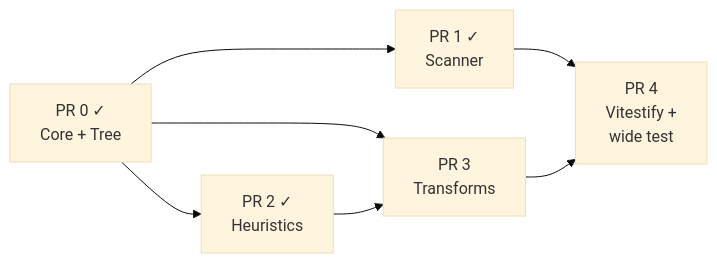
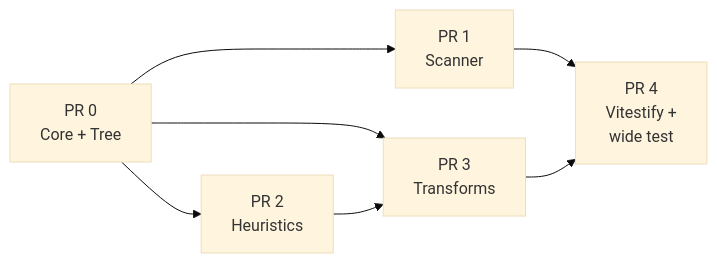
Before and after one commit to testmex/testmex: the third of 3 diagrams in design-docs/001-vitestify.md, drawn with Mermaid (base theme).

Commit message:
docs: 📝 remove completed markers from PR plan diagram
Drop checkmarks from PR 0–2 nodes in the vitestify PR flowchart.

````diff
--- a/design-docs/001-vitestify.md
+++ b/design-docs/001-vitestify.md
@@ -389,15 +389,15 @@
 ```mermaid
 flowchart LR
-    PR0["PR 0 ✓<br>Core + Tree"]
-    PR1["PR 1 ✓<br>Scanner"]
-    PR2["PR 2 ✓<br>Heuristics"]
+    PR0["PR 0<br>Core + Tree"]
+    PR1["PR 1<br>Scanner"]
+    PR2["PR 2<br>Heuristics"]
     PR3["PR 3<br>Transforms"]
     PR4["PR 4<br>Vitestify +<br>wide test"]
 
     PR0 --> PR1
     PR0 --> PR2
     PR0 --> PR3
     PR1 --> PR4
     PR2 --> PR3
     PR3 --> PR4
 ```
````
